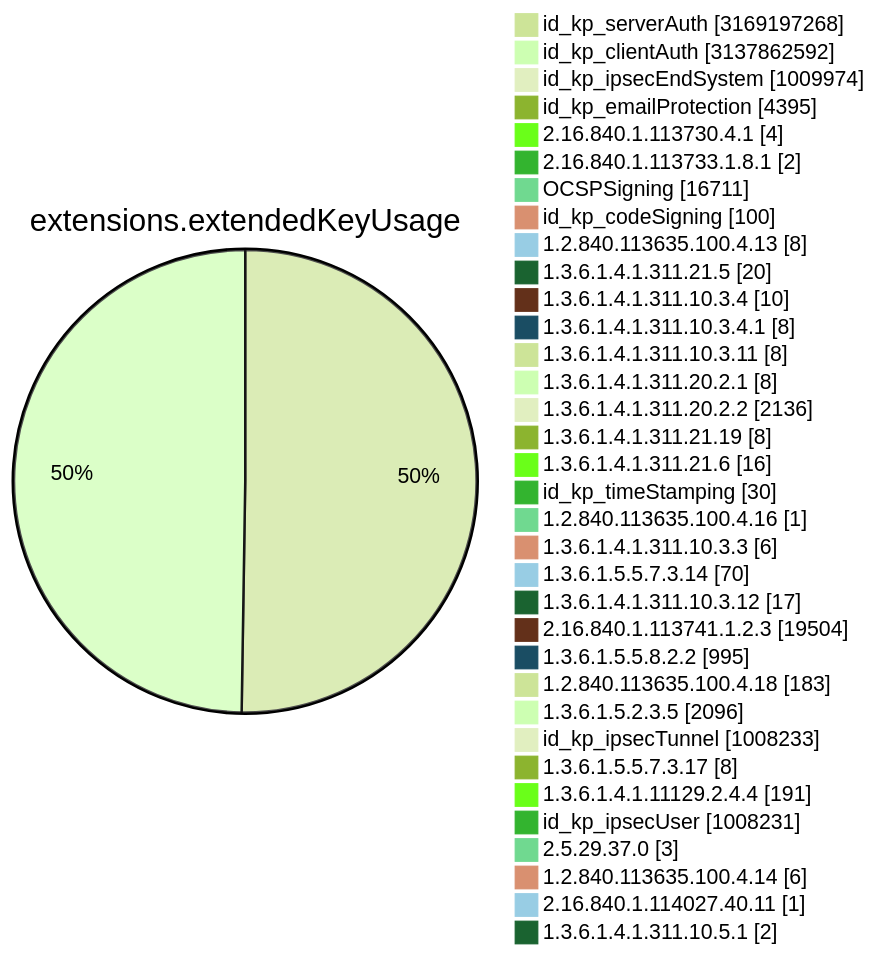
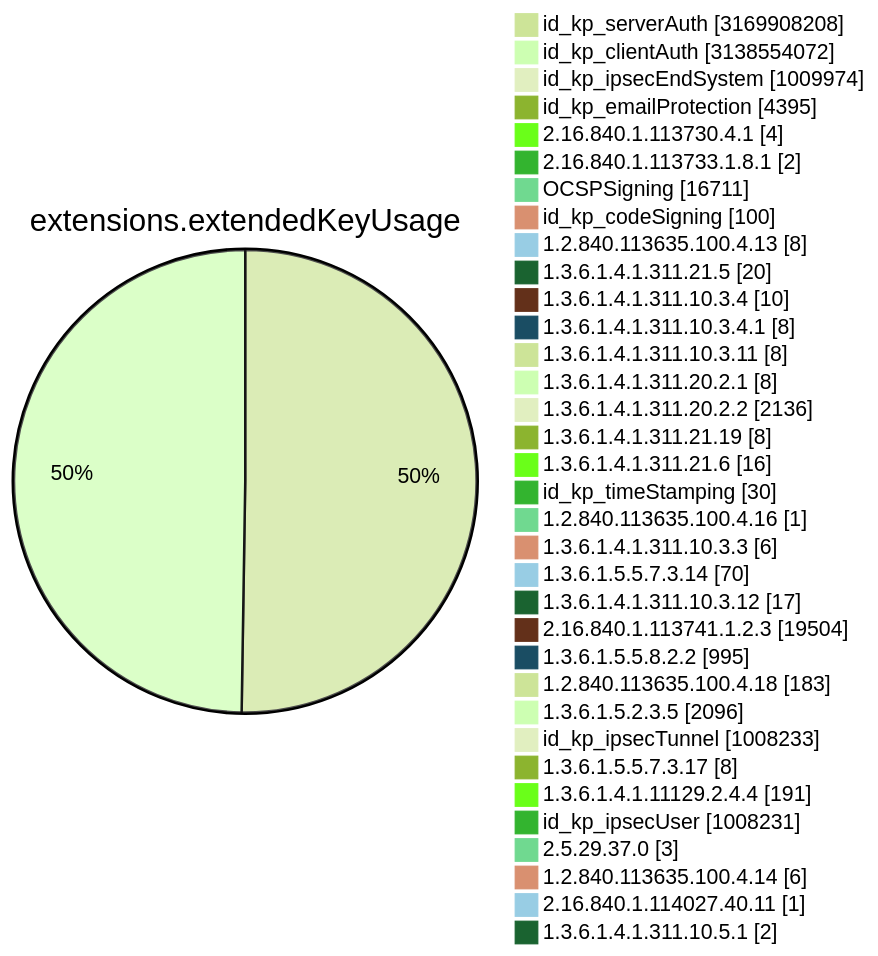
Diagram 11 of 15 in TOTAL/README.md (christiankrug/ctmonitor_visualization), drawn with Mermaid (forest theme) before and after one commit. The commit also changed other lines of this file, not shown here.

````diff
--- a/TOTAL/README.md
+++ b/TOTAL/README.md
@@ -4119,38 +4119,38 @@
 ```mermaid
 pie showData
 title extensions.extendedKeyUsage
-"id_kp_serverAuth" :3169197268
-"id_kp_clientAuth" :3137862592
+"id_kp_serverAuth" :3169908208
+"id_kp_clientAuth" :3138554072
 "id_kp_ipsecEndSystem" :1009974
 "id_kp_emailProtection" :4395
 "2.16.840.1.113730.4.1" :4
 "2.16.840.1.113733.1.8.1" :2
 "OCSPSigning" :16711
 "id_kp_codeSigning" :100
 "1.2.840.113635.100.4.13" :8
 "1.3.6.1.4.1.311.21.5" :20
 "1.3.6.1.4.1.311.10.3.4" :10
 "1.3.6.1.4.1.311.10.3.4.1" :8
 "1.3.6.1.4.1.311.10.3.11" :8
 "1.3.6.1.4.1.311.20.2.1" :8
 "1.3.6.1.4.1.311.20.2.2" :2136
 "1.3.6.1.4.1.311.21.19" :8
 "1.3.6.1.4.1.311.21.6" :16
 "id_kp_timeStamping" :30
 "1.2.840.113635.100.4.16" :1
 "1.3.6.1.4.1.311.10.3.3" :6
 "1.3.6.1.5.5.7.3.14" :70
 "1.3.6.1.4.1.311.10.3.12" :17
 "2.16.840.1.113741.1.2.3" :19504
 "1.3.6.1.5.5.8.2.2" :995
 "1.2.840.113635.100.4.18" :183
 "1.3.6.1.5.2.3.5" :2096
 "id_kp_ipsecTunnel" :1008233
 "1.3.6.1.5.5.7.3.17" :8
 "1.3.6.1.4.1.11129.2.4.4" :191
 "id_kp_ipsecUser" :1008231
 "2.5.29.37.0" :3
 "1.2.840.113635.100.4.14" :6
 "2.16.840.1.114027.40.11" :1
 "1.3.6.1.4.1.311.10.5.1" :2
 ```
````
